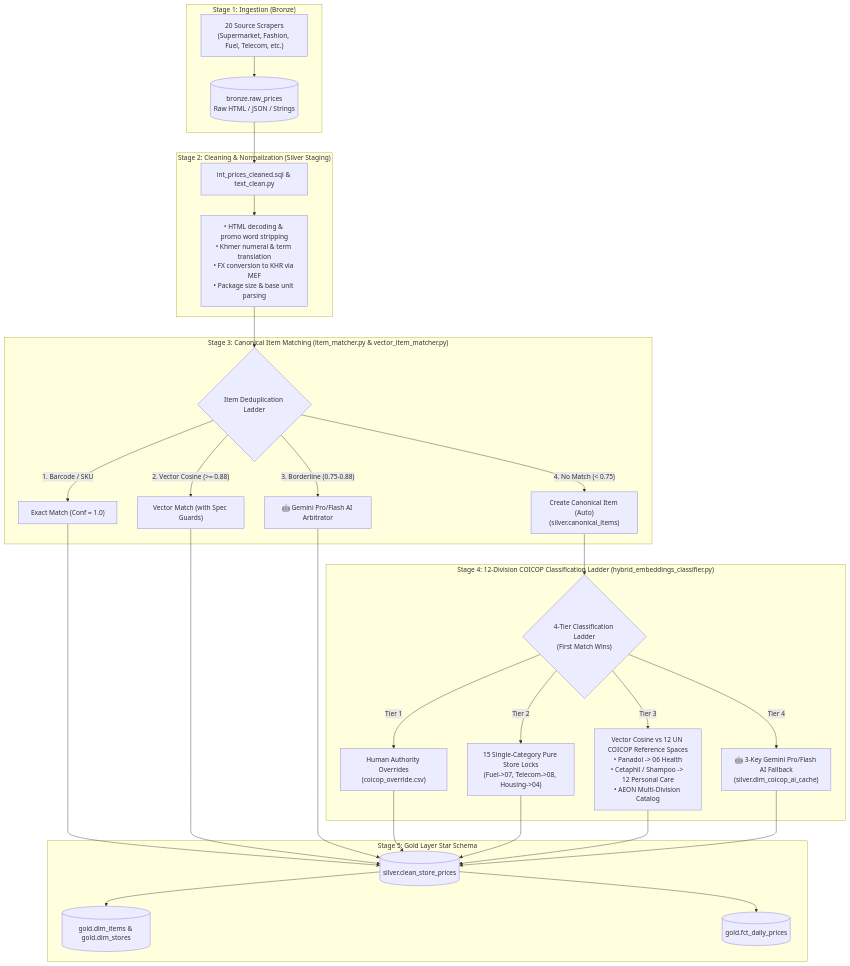
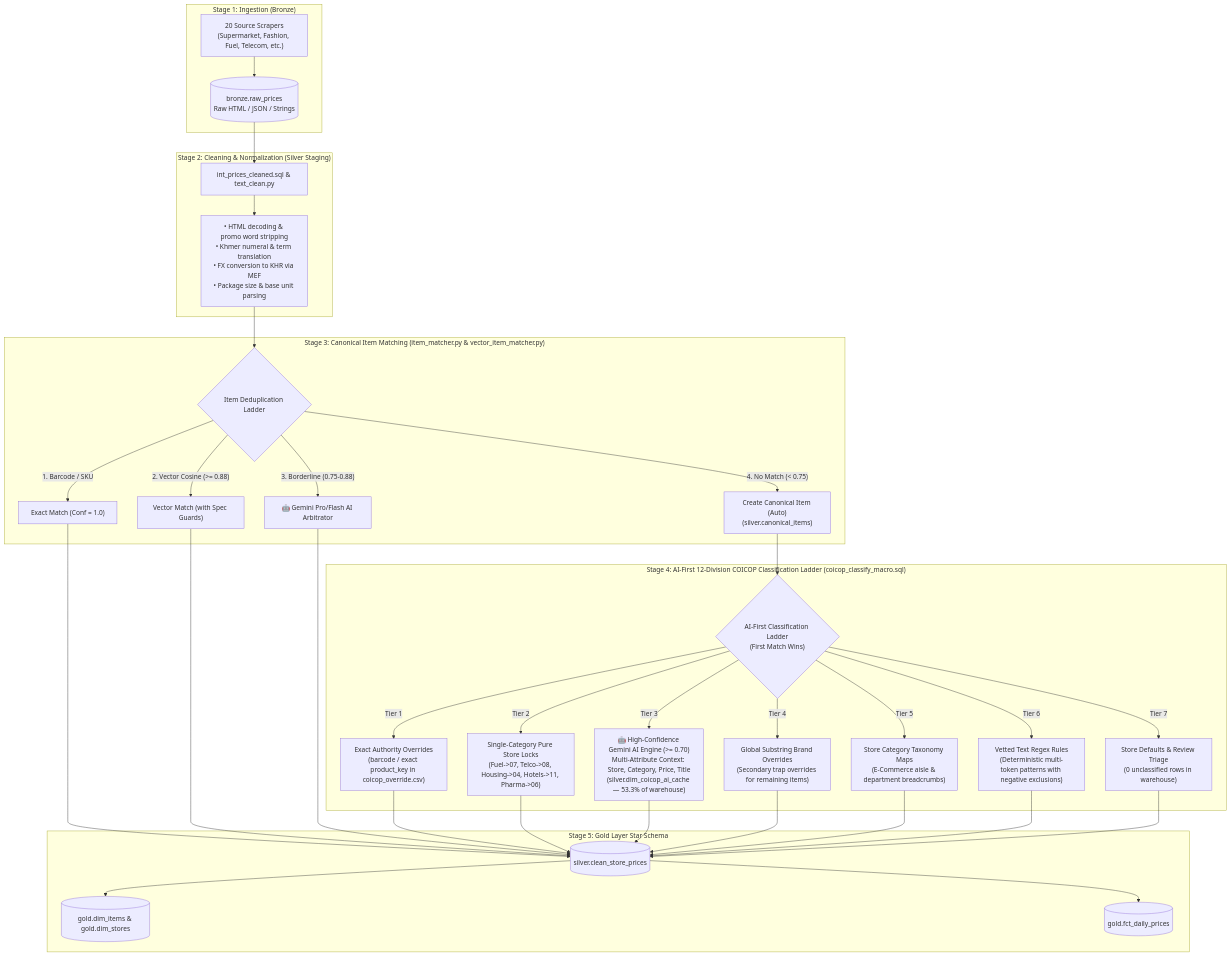
Before and after one commit to Korngmeng-Taing/Cambodia-cpi-pipeline: the diagram in docs/PRODUCT_CLASSIFICATION_WORKFLOW.md, drawn with Mermaid. The commit also changed other lines of this file and 4 other files, not shown here.

Commit message:
docs: update handbook and architecture guides with AI-first COICOP classification and 909k observation metrics

````diff
--- a/docs/PRODUCT_CLASSIFICATION_WORKFLOW.md
+++ b/docs/PRODUCT_CLASSIFICATION_WORKFLOW.md
@@ -14,33 +14,36 @@
 ```mermaid
 flowchart TD
     subgraph S1["Stage 1: Ingestion (Bronze)"]
         A["20 Source Scrapers\n(Supermarket, Fashion, Fuel, Telecom, etc.)"] --> B[("bronze.raw_prices\nRaw HTML / JSON / Strings")]
     end
 
     subgraph S2["Stage 2: Cleaning & Normalization (Silver Staging)"]
         B --> C["int_prices_cleaned.sql & text_clean.py"]
         C --> C1["• HTML decoding & promo word stripping\n• Khmer numeral & term translation\n• FX conversion to KHR via MEF\n• Package size & base unit parsing"]
     end
 
     subgraph S3["Stage 3: Canonical Item Matching (item_matcher.py & vector_item_matcher.py)"]
         C1 --> D{"Item Deduplication Ladder"}
         D -- "1. Barcode / SKU" --> E["Exact Match (Conf = 1.0)"]
         D -- "2. Vector Cosine (>= 0.88)" --> F["Vector Match (with Spec Guards)"]
         D -- "3. Borderline (0.75-0.88)" --> F1["🤖 Gemini Pro/Flash AI Arbitrator"]
         D -- "4. No Match (< 0.75)" --> G["Create Canonical Item (Auto)\n(silver.canonical_items)"]
     end
 
-    subgraph S4["Stage 4: 12-Division COICOP Classification Ladder (hybrid_embeddings_classifier.py)"]
-        G --> H{"4-Tier Classification Ladder\n(First Match Wins)"}
-        H -- "Tier 1" --> I["Human Authority Overrides\n(coicop_override.csv)"]
-        H -- "Tier 2" --> I2["15 Single-Category Pure Store Locks\n(Fuel->07, Telecom->08, Housing->04)"]
-        H -- "Tier 3" --> J["Vector Cosine vs 12 UN COICOP Reference Spaces\n• Panadol -> 06 Health\n• Cetaphil / Shampoo -> 12 Personal Care\n• AEON Multi-Division Catalog"]
-        H -- "Tier 4" --> M["🤖 3-Key Gemini Pro/Flash AI Fallback\n(silver.dim_coicop_ai_cache)"]
+    subgraph S4["Stage 4: AI-First 12-Division COICOP Classification Ladder (coicop_classify_macro.sql)"]
+        G --> H{"AI-First Classification Ladder\n(First Match Wins)"}
+        H -- "Tier 1" --> I["Exact Authority Overrides\n(barcode / exact product_key in coicop_override.csv)"]
+        H -- "Tier 2" --> I2["Single-Category Pure Store Locks\n(Fuel->07, Telco->08, Housing->04, Hotels->11, Pharma->06)"]
+        H -- "Tier 3" --> M["🤖 High-Confidence Gemini AI Engine (>= 0.70)\nMulti-Attribute Context: Store, Category, Price, Title\n(silver.dim_coicop_ai_cache — 53.3% of warehouse)"]
+        H -- "Tier 4" --> J["Global Substring Brand Overrides\n(Secondary trap overrides for remaining items)"]
+        H -- "Tier 5" --> K["Store Category Taxonomy Maps\n(E-Commerce aisle & department breadcrumbs)"]
+        H -- "Tier 6" --> L["Vetted Text Regex Rules\n(Deterministic multi-token patterns with negative exclusions)"]
+        H -- "Tier 7" --> N["Store Defaults & Review Triage\n(0 unclassified rows in warehouse)"]
     end
 
     subgraph S7["Stage 5: Gold Layer Star Schema"]
-        E & F & F1 & I & I2 & J & M --> T[("silver.clean_store_prices")]
+        E & F & F1 & I & I2 & M & J & K & L & N --> T[("silver.clean_store_prices")]
         T --> U[("gold.dim_items & gold.dim_stores")]
         T --> V[("gold.fct_daily_prices")]
     end
 ```
````
